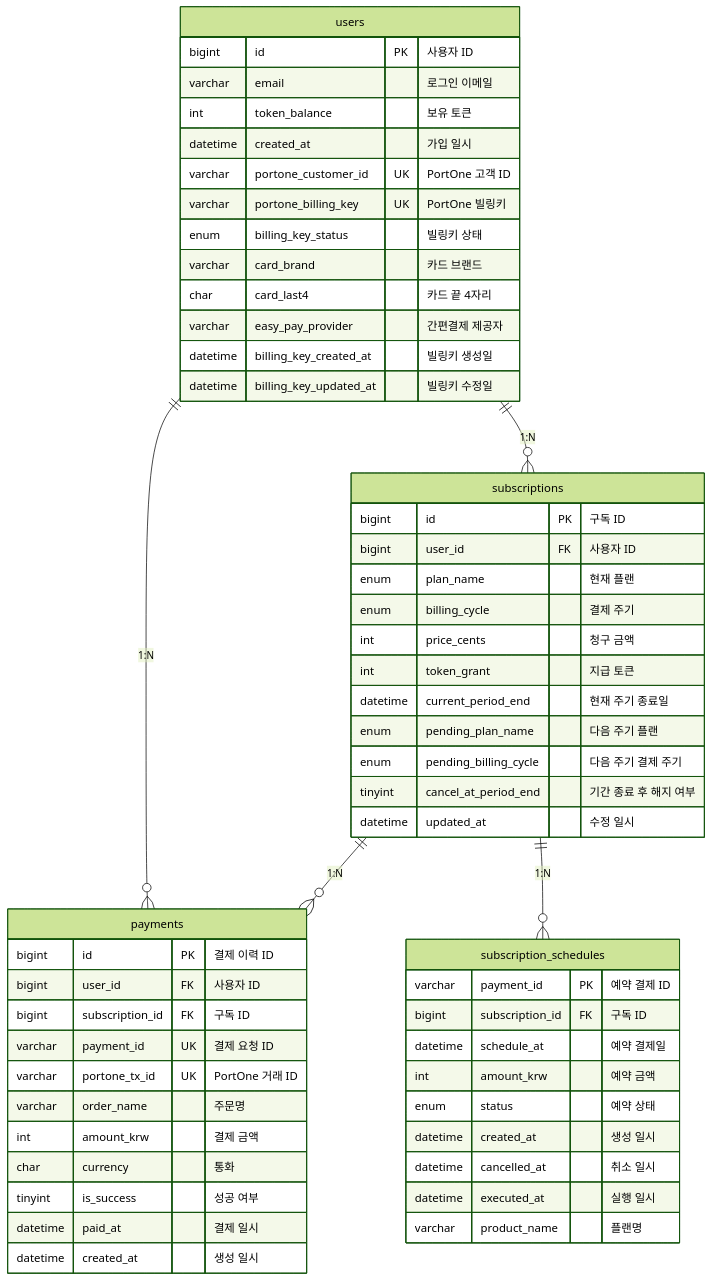
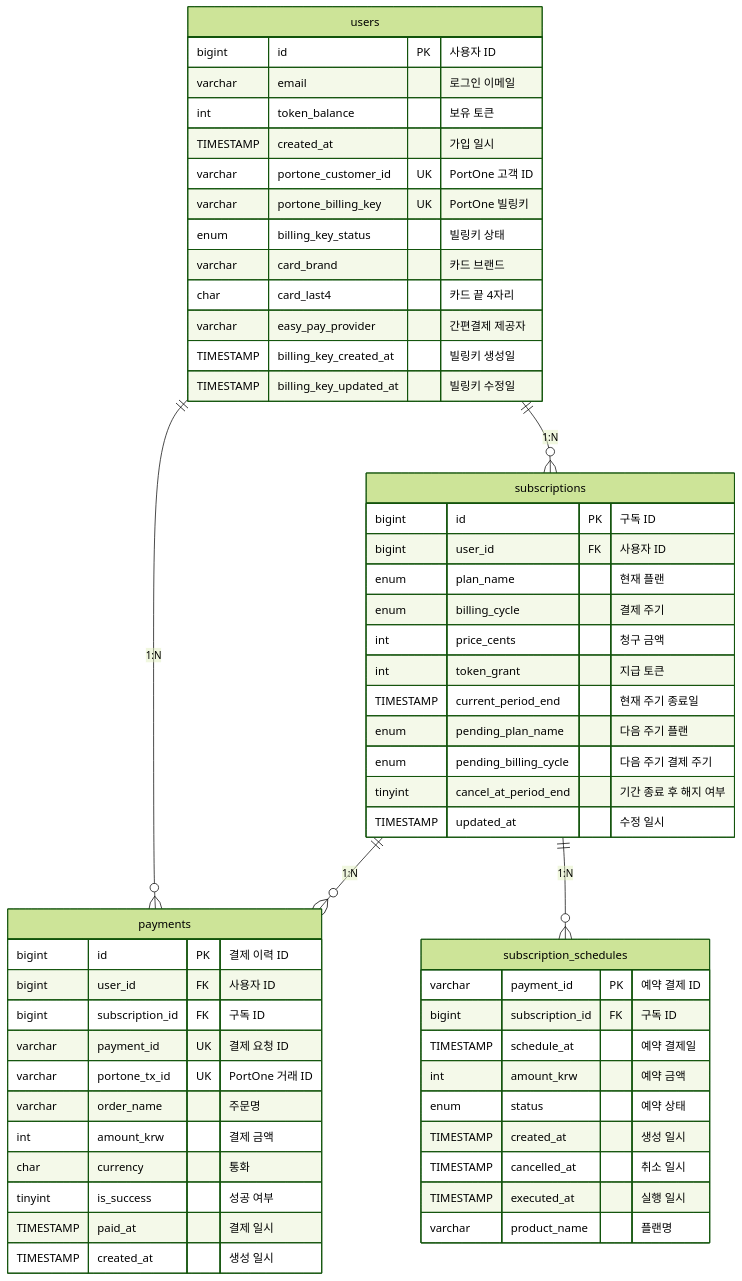
One commit to jun-seok816/subscription changed the diagram in README.md. Above: the diagram before and after it, drawn with Mermaid (forest theme).

Commit message:
fix : Change datetime to TIMESTAMP in database schema

````diff
--- a/README.md
+++ b/README.md
@@ -55,63 +55,63 @@
 ```mermaid
 erDiagram
     users ||--o{ subscriptions : "1:N"
     users ||--o{ payments : "1:N"
     subscriptions ||--o{ payments : "1:N"
     subscriptions ||--o{ subscription_schedules : "1:N"
 
     users {
         bigint id PK "사용자 ID"
         varchar email "로그인 이메일"
         int token_balance "보유 토큰"
-        datetime created_at "가입 일시"
+        TIMESTAMP created_at "가입 일시"
         varchar portone_customer_id UK "PortOne 고객 ID"
         varchar portone_billing_key UK "PortOne 빌링키"
         enum billing_key_status "빌링키 상태"
         varchar card_brand "카드 브랜드"
         char card_last4 "카드 끝 4자리"
         varchar easy_pay_provider "간편결제 제공자"
-        datetime billing_key_created_at "빌링키 생성일"
-        datetime billing_key_updated_at "빌링키 수정일"
+        TIMESTAMP billing_key_created_at "빌링키 생성일"
+        TIMESTAMP billing_key_updated_at "빌링키 수정일"
     }
 
     subscriptions {
         bigint id PK "구독 ID"
         bigint user_id FK "사용자 ID"
         enum plan_name "현재 플랜"
         enum billing_cycle "결제 주기"
         int price_cents "청구 금액"
         int token_grant "지급 토큰"
-        datetime current_period_end "현재 주기 종료일"
+        TIMESTAMP current_period_end "현재 주기 종료일"
         enum pending_plan_name "다음 주기 플랜"
         enum pending_billing_cycle "다음 주기 결제 주기"
         tinyint cancel_at_period_end "기간 종료 후 해지 여부"
-        datetime updated_at "수정 일시"
+        TIMESTAMP updated_at "수정 일시"
     }
 
     payments {
         bigint id PK "결제 이력 ID"
         bigint user_id FK "사용자 ID"
         bigint subscription_id FK "구독 ID"
         varchar payment_id UK "결제 요청 ID"
         varchar portone_tx_id UK "PortOne 거래 ID"
         varchar order_name "주문명"
         int amount_krw "결제 금액"
         char currency "통화"
         tinyint is_success "성공 여부"
-        datetime paid_at "결제 일시"
-        datetime created_at "생성 일시"
+        TIMESTAMP paid_at "결제 일시"
+        TIMESTAMP created_at "생성 일시"
     }
 
     subscription_schedules {
         varchar payment_id PK "예약 결제 ID"
         bigint subscription_id FK "구독 ID"
-        datetime schedule_at "예약 결제일"
+        TIMESTAMP schedule_at "예약 결제일"
         int amount_krw "예약 금액"
         enum status "예약 상태"
-        datetime created_at "생성 일시"
-        datetime cancelled_at "취소 일시"
-        datetime executed_at "실행 일시"
+        TIMESTAMP created_at "생성 일시"
+        TIMESTAMP cancelled_at "취소 일시"
+        TIMESTAMP executed_at "실행 일시"
         varchar product_name "플랜명"
     }
 
 ```
````
